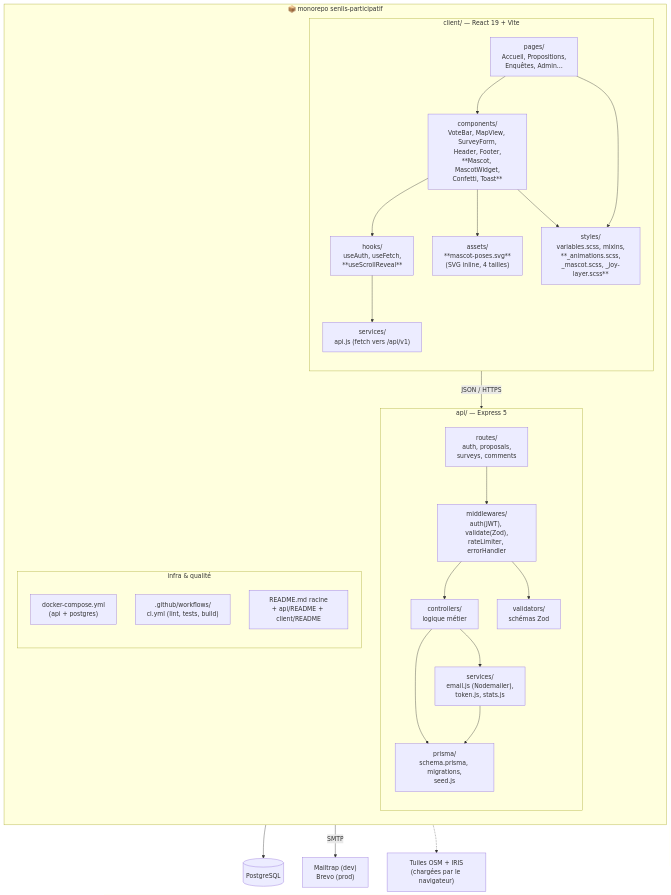
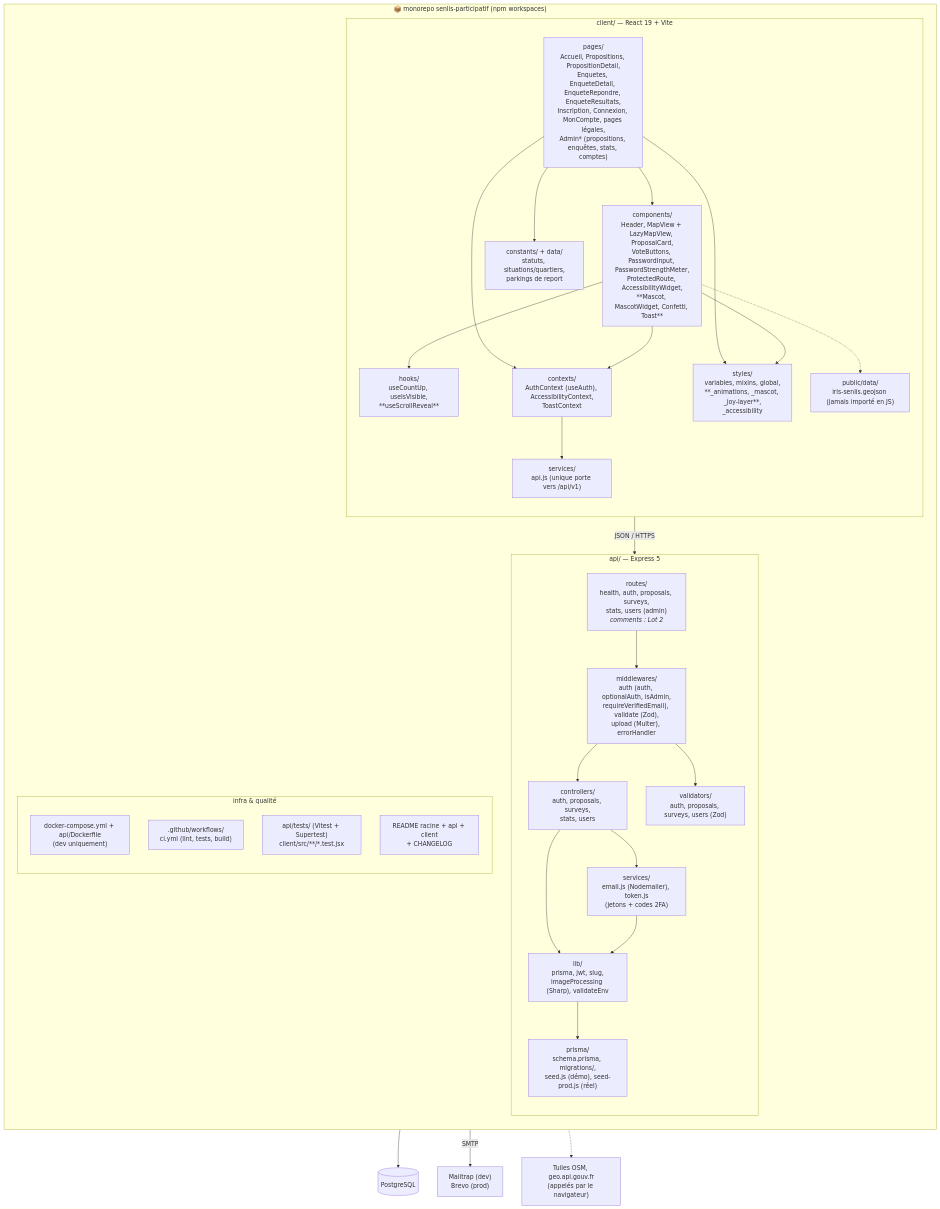
The diagram in 13-diagramme-package.md (Nathalie-Leduc/Senlis-Participatif-docs), drawn with Mermaid before and after one commit. The commit also changed other lines of this file and 28 other files, not shown here.

````diff
--- a/13-diagramme-package.md
+++ b/13-diagramme-package.md
@@ -5,50 +7,58 @@
 ```mermaid
 flowchart TB
-    subgraph REPO ["📦 monorepo senlis-participatif"]
+    subgraph REPO ["📦 monorepo senlis-participatif (npm workspaces)"]
         direction TB
 
         subgraph CLIENT ["client/ — React 19 + Vite"]
             direction TB
-            PAGES["pages/<br/>Accueil, Propositions,<br/>Enquêtes, Admin…"]
-            COMP["components/<br/>VoteBar, MapView, SurveyForm,<br/>Header, Footer,<br/>**Mascot, MascotWidget,<br/>Confetti, Toast**"]
-            HOOKS["hooks/<br/>useAuth, useFetch,<br/>**useScrollReveal**"]
-            SRV_C["services/<br/>api.js (fetch vers /api/v1)"]
-            STYLES["styles/<br/>variables.scss, mixins,<br/>**_animations.scss,<br/>_mascot.scss, _joy-layer.scss**"]
-            ASSETS["assets/<br/>**mascot-poses.svg**<br/>(SVG inline, 4 tailles)"]
-            PAGES --> COMP --> HOOKS --> SRV_C
+            PAGES["pages/<br/>Accueil, Propositions, PropositionDetail,<br/>Enquetes, EnqueteDetail, EnqueteRepondre, EnqueteResultats,<br/>Inscription, Connexion, MonCompte, pages légales,<br/>Admin* (propositions, enquêtes, stats, comptes)"]
+            COMP["components/<br/>Header, MapView + LazyMapView, ProposalCard,<br/>VoteButtons, PasswordInput, PasswordStrengthMeter,<br/>ProtectedRoute, AccessibilityWidget,<br/>**Mascot, MascotWidget, Confetti, Toast**"]
+            CTX["contexts/<br/>AuthContext (useAuth), AccessibilityContext,<br/>ToastContext"]
+            HOOKS["hooks/<br/>useCountUp, useIsVisible,<br/>**useScrollReveal**"]
+            CONST["constants/ + data/<br/>statuts, situations/quartiers,<br/>parkings de report"]
+            SRV_C["services/<br/>api.js (unique porte vers /api/v1)"]
+            STYLES["styles/<br/>variables, mixins, global,<br/>**_animations, _mascot, _joy-layer**,<br/>_accessibility"]
+            PUB["public/data/<br/>iris-senlis.geojson (jamais importé en JS)"]
+            PAGES --> COMP --> HOOKS
+            PAGES --> CTX --> SRV_C
+            COMP --> CTX
+            PAGES --> CONST
             PAGES --> STYLES
-            COMP --> ASSETS
             COMP --> STYLES
+            COMP -.-> PUB
         end
 
         subgraph API ["api/ — Express 5"]
             direction TB
-            ROUTES["routes/<br/>auth, proposals,<br/>surveys, comments"]
-            MIDDLE["middlewares/<br/>auth(JWT), validate(Zod),<br/>rateLimiter, errorHandler"]
-            CTRL["controllers/<br/>logique métier"]
-            SRV_A["services/<br/>email.js (Nodemailer),<br/>token.js, stats.js"]
-            VALID["validators/<br/>schémas Zod"]
-            PRISMA["prisma/<br/>schema.prisma, migrations,<br/>seed.js"]
+            ROUTES["routes/<br/>health, auth, proposals, surveys,<br/>stats, users (admin)<br/><i>comments : Lot 2</i>"]
+            MIDDLE["middlewares/<br/>auth (auth, optionalAuth, isAdmin,<br/>requireVerifiedEmail), validate (Zod),<br/>upload (Multer), errorHandler"]
+            CTRL["controllers/<br/>auth, proposals, surveys,<br/>stats, users"]
+            SRV_A["services/<br/>email.js (Nodemailer), token.js<br/>(jetons + codes 2FA)"]
+            LIB["lib/<br/>prisma, jwt, slug,<br/>imageProcessing (Sharp), validateEnv"]
+            VALID["validators/<br/>auth, proposals, surveys, users (Zod)"]
+            PRISMA["prisma/<br/>schema.prisma, migrations/,<br/>seed.js (démo), seed-prod.js (réel)"]
             ROUTES --> MIDDLE --> CTRL --> SRV_A
             MIDDLE --> VALID
-            CTRL --> PRISMA
-            SRV_A --> PRISMA
+            CTRL --> LIB
+            SRV_A --> LIB
+            LIB --> PRISMA
         end
 
         subgraph INFRA ["infra & qualité"]
             direction TB
-            DOCKER["docker-compose.yml<br/>(api + postgres)"]
+            DOCKER["docker-compose.yml + api/Dockerfile<br/>(dev uniquement)"]
             CI[".github/workflows/<br/>ci.yml (lint, tests, build)"]
-            DOCS["README.md racine<br/>+ api/README + client/README"]
+            TESTS["api/tests/ (Vitest + Supertest)<br/>client/src/**/*.test.jsx"]
+            DOCS["README racine + api + client<br/>+ CHANGELOG"]
         end
     end
 
     DB[("PostgreSQL")]
     EXT1["Mailtrap (dev)<br/>Brevo (prod)"]
-    EXT2["Tuiles OSM + IRIS<br/>(chargées par le navigateur)"]
+    EXT2["Tuiles OSM, geo.api.gouv.fr<br/>(appelés par le navigateur)"]
 
     SRV_C -- "JSON / HTTPS" --> ROUTES
     PRISMA --> DB
     SRV_A -- "SMTP" --> EXT1
     COMP -.-> EXT2
 ```
````
